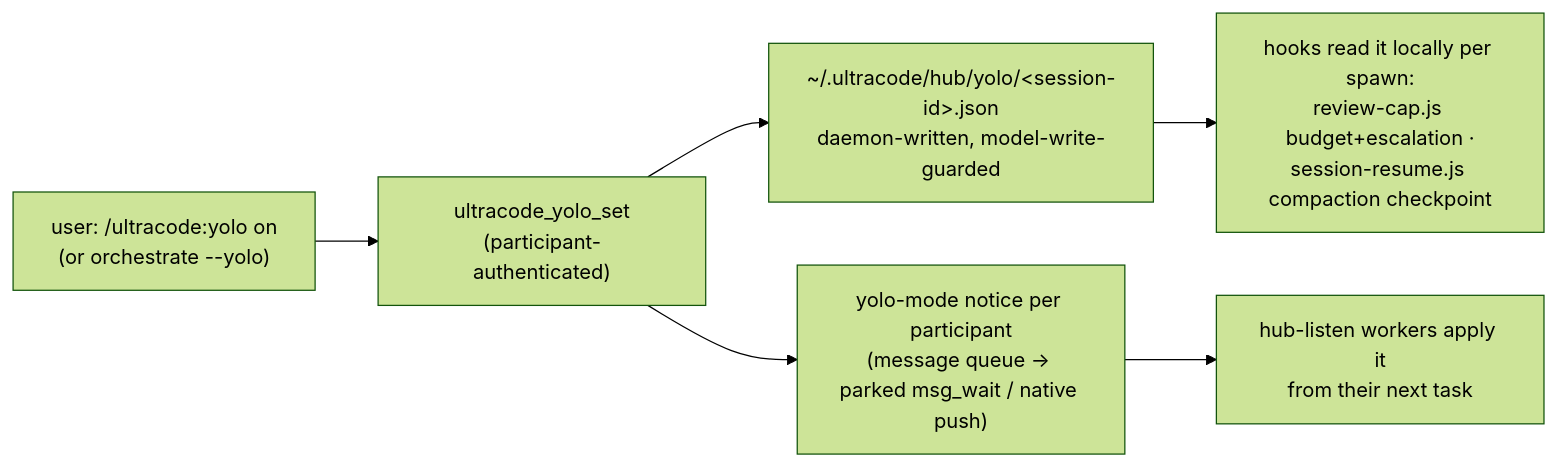
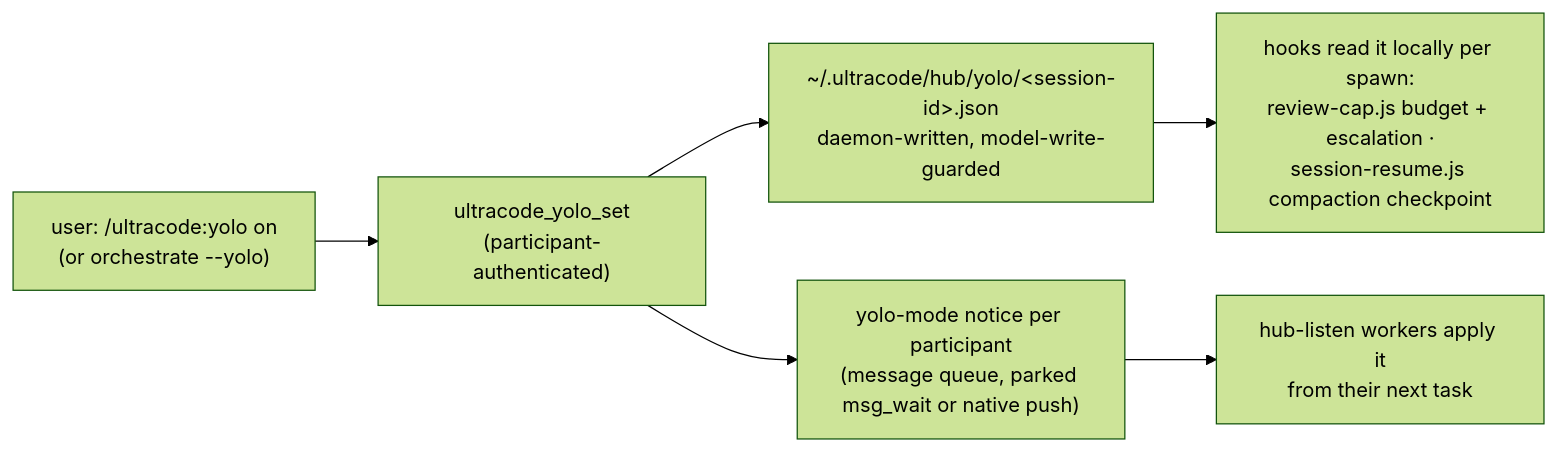
Before and after one commit to diepquynh/ultracode: the fourth of 4 diagrams in docs/hub.md, drawn with Mermaid (forest theme). The commit also changed other lines of this file and 36 other files, not shown here.

````diff
--- a/docs/hub.md
+++ b/docs/hub.md
@@ -197,8 +198,8 @@
 ```mermaid
 flowchart LR
     USER["user: /ultracode:yolo on<br/>(or orchestrate --yolo)"] --> SET["ultracode_yolo_set<br/>(participant-authenticated)"]
     SET --> FILE["~/.ultracode/hub/yolo/&lt;session-id&gt;.json<br/>daemon-written, model-write-guarded"]
-    SET --> Q["yolo-mode notice per participant<br/>(message queue → parked msg_wait / native push)"]
-    FILE --> HOOK["hooks read it locally per spawn:<br/>review-cap.js budget+escalation ·<br/>session-resume.js compaction checkpoint"]
+    SET --> Q["yolo-mode notice per participant<br/>(message queue, parked msg_wait or native push)"]
+    FILE --> HOOK["hooks read it locally per spawn:<br/>review-cap.js budget + escalation ·<br/>session-resume.js compaction checkpoint"]
     Q --> WORKERS["hub-listen workers apply it<br/>from their next task"]
 ```
````
